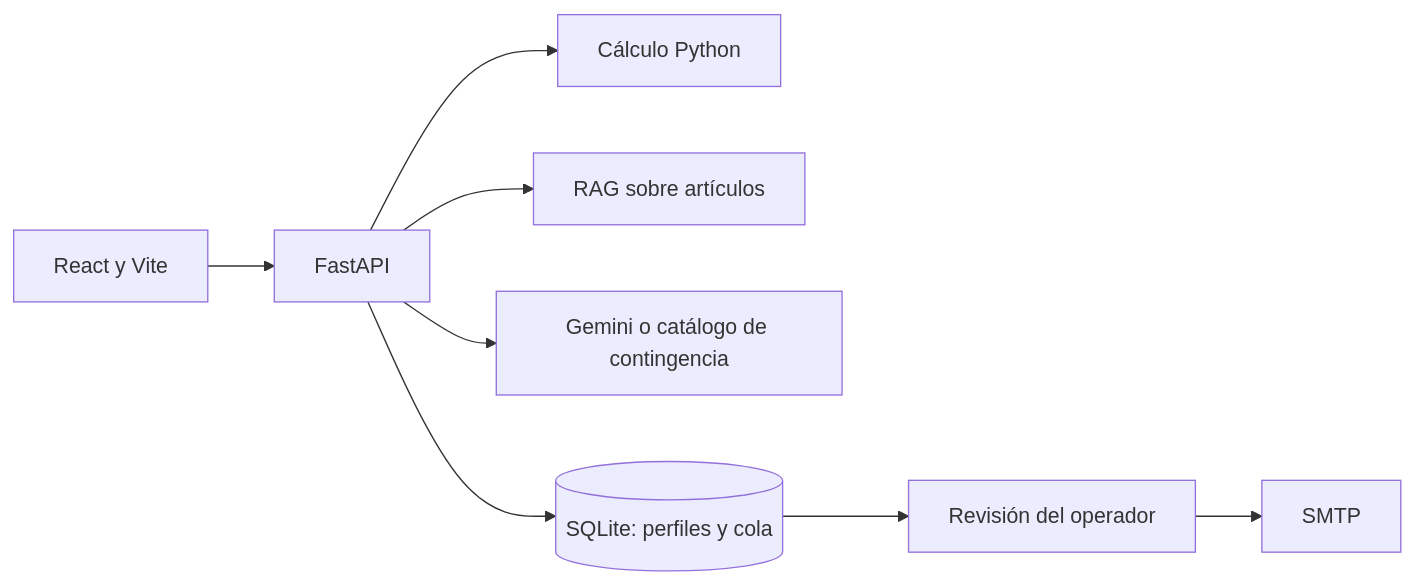
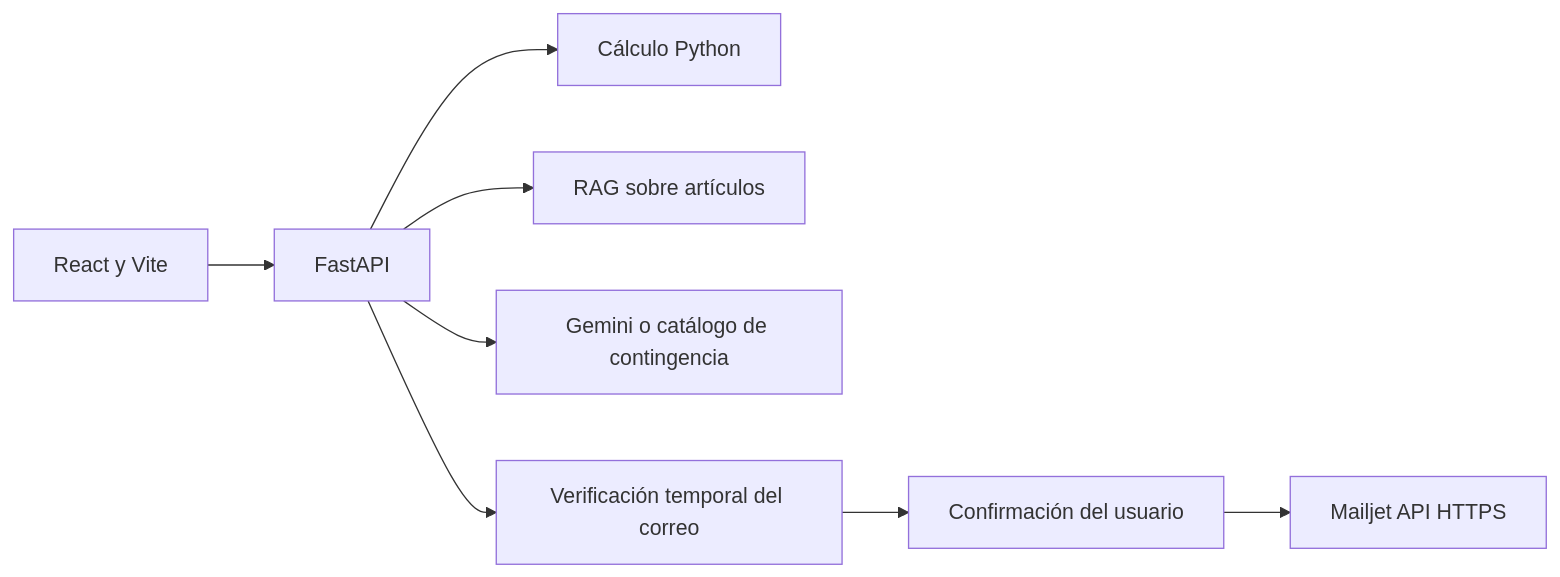
The diagram in README.md (CristhianPinos/CalendarioTributarioRIMPE), drawn with Mermaid before and after one commit. The commit also changed other lines of this file and 74 other files, not shown here.

````diff
--- a/README.md
+++ b/README.md
@@ -11,10 +11,10 @@
 ```mermaid
 flowchart LR
   UI[React y Vite] --> API[FastAPI]
   API --> CALC[Cálculo Python]
   API --> RAG[RAG sobre artículos]
   API --> GEM[Gemini o catálogo de contingencia]
-  API --> DB[(SQLite: perfiles y cola)]
-  DB --> HITL[Revisión del operador]
-  HITL --> SMTP[SMTP]
+  API --> OTP[Verificación temporal del correo]
+  OTP --> HITL[Confirmación del usuario]
+  HITL --> Mailjet[Mailjet API HTTPS]
 ```
````
